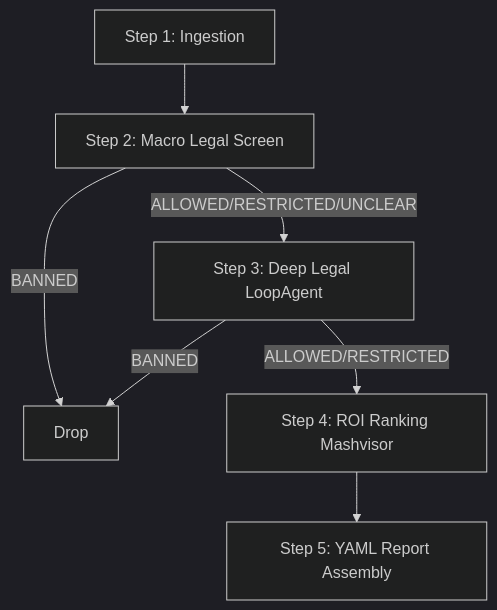
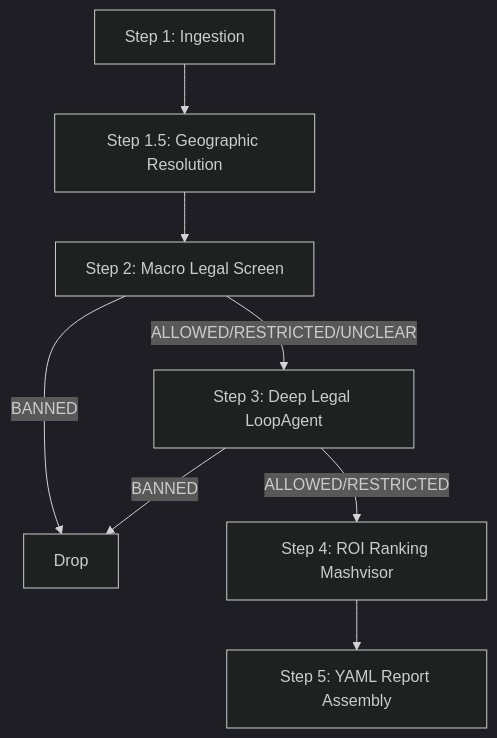
One commit to ekaprok/real-estate-assistant changed the diagram in specs/Implementation Plan.md. Above: the diagram before and after it, drawn with Mermaid (dark theme). The commit also changed other lines of this file and 2 other files, not shown here.

````diff
--- a/specs/Implementation Plan.md
+++ b/specs/Implementation Plan.md
@@ -24,9 +32,10 @@
 ```mermaid
 graph TD
-    A[Step 1: Ingestion] --> B[Step 2: Macro Legal Screen]
+    A[Step 1: Ingestion] --> G[Step 1.5: Geographic Resolution]
+    G --> B[Step 2: Macro Legal Screen]
     B -->|BANNED| X[Drop]
     B -->|ALLOWED/RESTRICTED/UNCLEAR| D[Step 3: Deep Legal LoopAgent]
     D -->|BANNED| X
     D -->|ALLOWED/RESTRICTED| E[Step 4: ROI Ranking Mashvisor]
     E --> F[Step 5: YAML Report Assembly]
 ```
````
